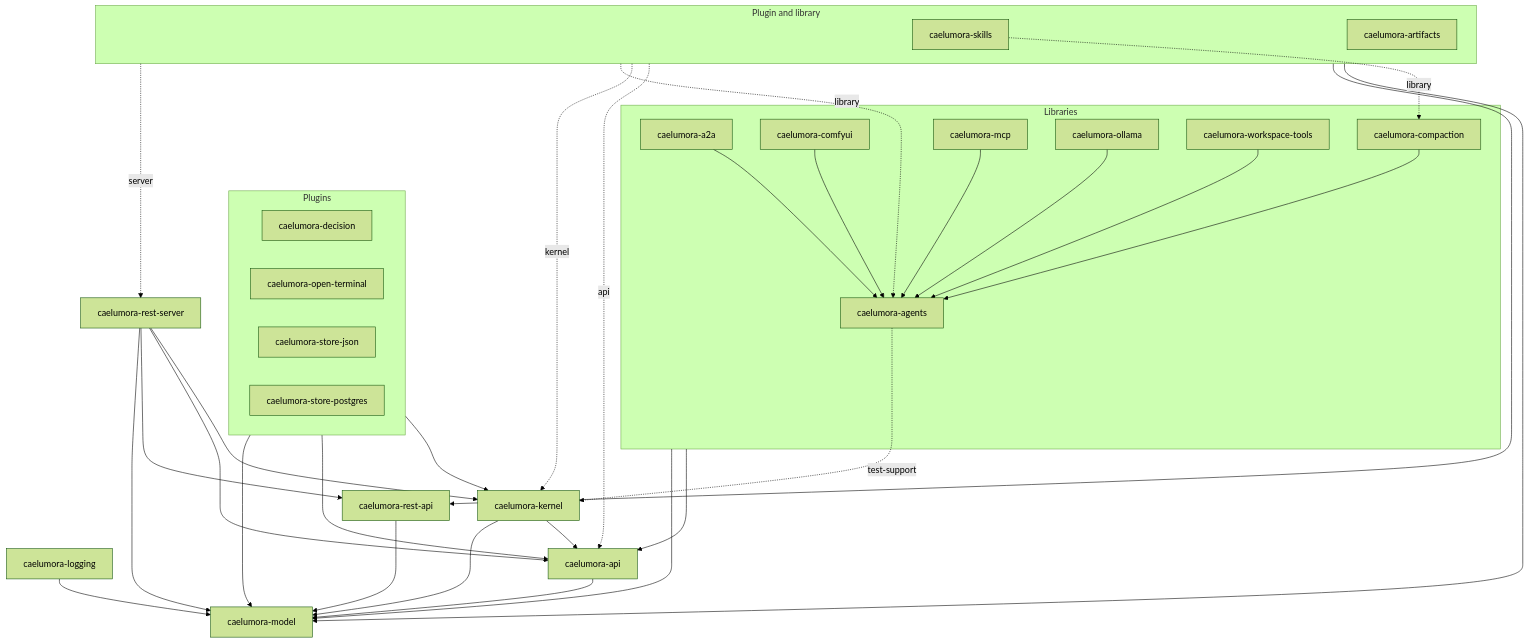
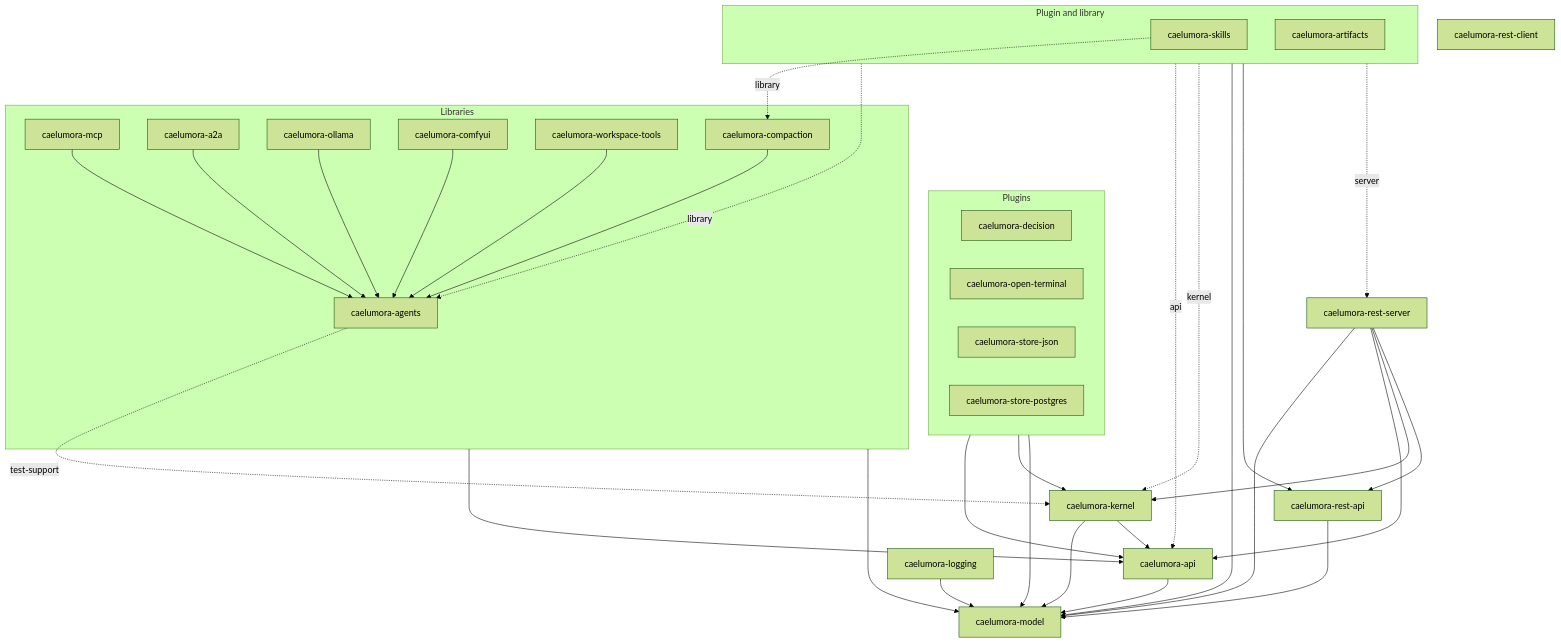
The diagram in docs/CRATES.md (dimajix/caelumora), drawn with Mermaid (forest theme) before and after one commit. The commit also changed other lines of this file and 7 other files, not shown here.

First line of the commit message:
The graph of the crates written from the manifests and checked

````diff
--- a/docs/CRATES.md
+++ b/docs/CRATES.md
@@ -14,59 +16,51 @@
 ```mermaid
 flowchart TD
     subgraph both["Plugin and library"]
         skills["caelumora-skills"]
         artifacts["caelumora-artifacts"]
     end
 
     subgraph plugins["Plugins"]
         decision["caelumora-decision"]
         open_terminal["caelumora-open-terminal"]
         store_json["caelumora-store-json"]
         store_postgres["caelumora-store-postgres"]
     end
 
     subgraph libraries["Libraries"]
+        agents["caelumora-agents"]
+        mcp["caelumora-mcp"]
         a2a["caelumora-a2a"]
+        ollama["caelumora-ollama"]
         comfyui["caelumora-comfyui"]
+        workspace_tools["caelumora-workspace-tools"]
         compaction["caelumora-compaction"]
-        mcp["caelumora-mcp"]
-        ollama["caelumora-ollama"]
-        workspace_tools["caelumora-workspace-tools"]
-        agents["caelumora-agents"]
     end
 
-    rest_server["caelumora-rest-server"]
+    api["caelumora-api"]
     kernel["caelumora-kernel"]
     logging["caelumora-logging"]
-    api["caelumora-api"]
+    model["caelumora-model"]
     rest_api["caelumora-rest-api"]
-    model["caelumora-model"]
+    rest_client["caelumora-rest-client"]
+    rest_server["caelumora-rest-server"]
 
+    both -. "library" .-> agents
+    both -. "api" .-> api
+    skills -. "library" .-> compaction
+    both -. "kernel" .-> kernel
+    both --> model
+    both --> rest_api
+    both -. "server" .-> rest_server
+    plugins --> api
+    plugins --> kernel
+    plugins --> model
     a2a & comfyui & compaction & mcp & ollama & workspace_tools --> agents
     libraries --> api
+    agents -. "test-support" .-> kernel
     libraries --> model
-    agents -. "test-support" .-> kernel
-
-    plugins --> kernel
-    plugins --> api
-    plugins --> model
-
-    both --> model
-    both --> rest_api
-    both -. "api" .-> api
-    both -. "kernel" .-> kernel
-    both -. "library" .-> agents
-    skills -. "library" .-> compaction
-    both -. "server" .-> rest_server
-
+    api & kernel & logging & rest_api & rest_server --> model
+    kernel & rest_server --> api
     rest_server --> kernel
-    rest_server --> api
     rest_server --> rest_api
-    rest_server --> model
-
-    kernel --> api
-    kernel --> model
-    logging --> model
-    api --> model
-    rest_api --> model
 ```
````
